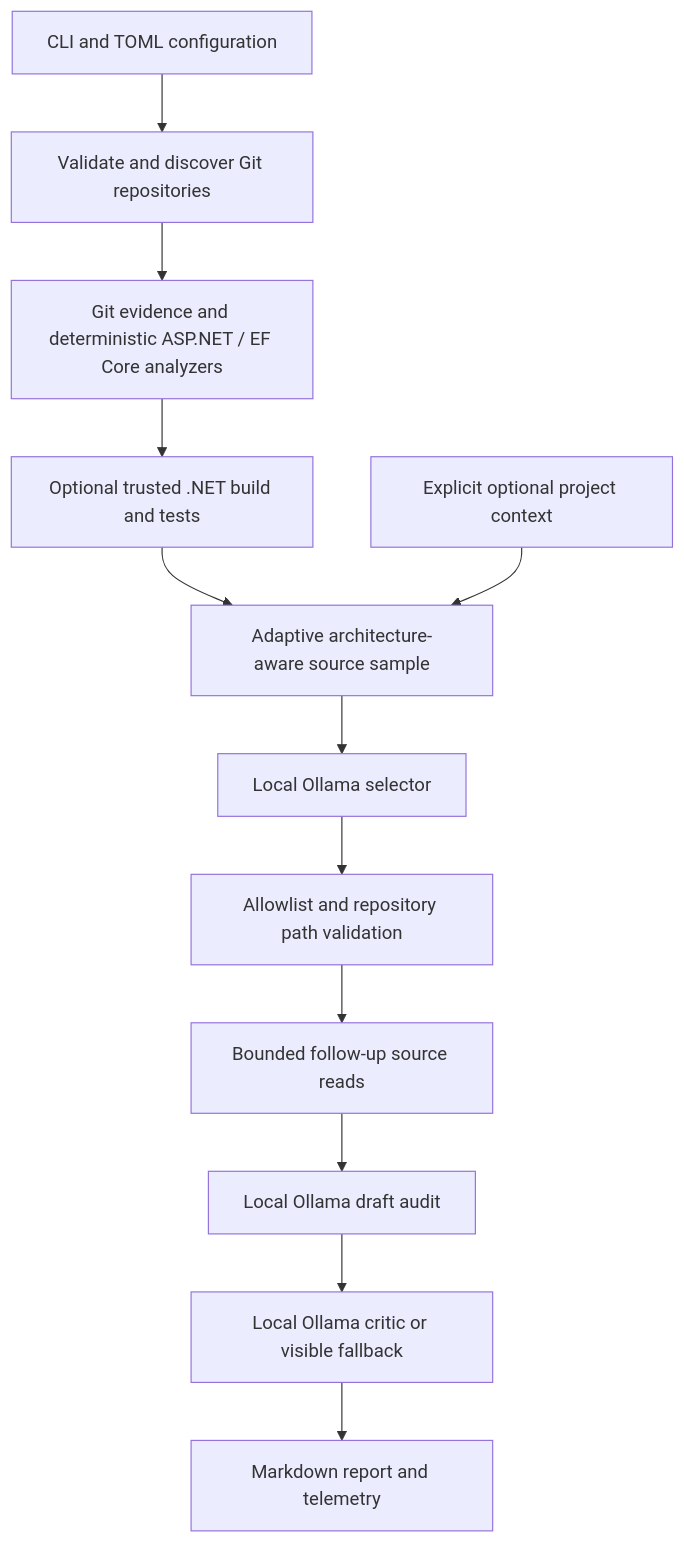
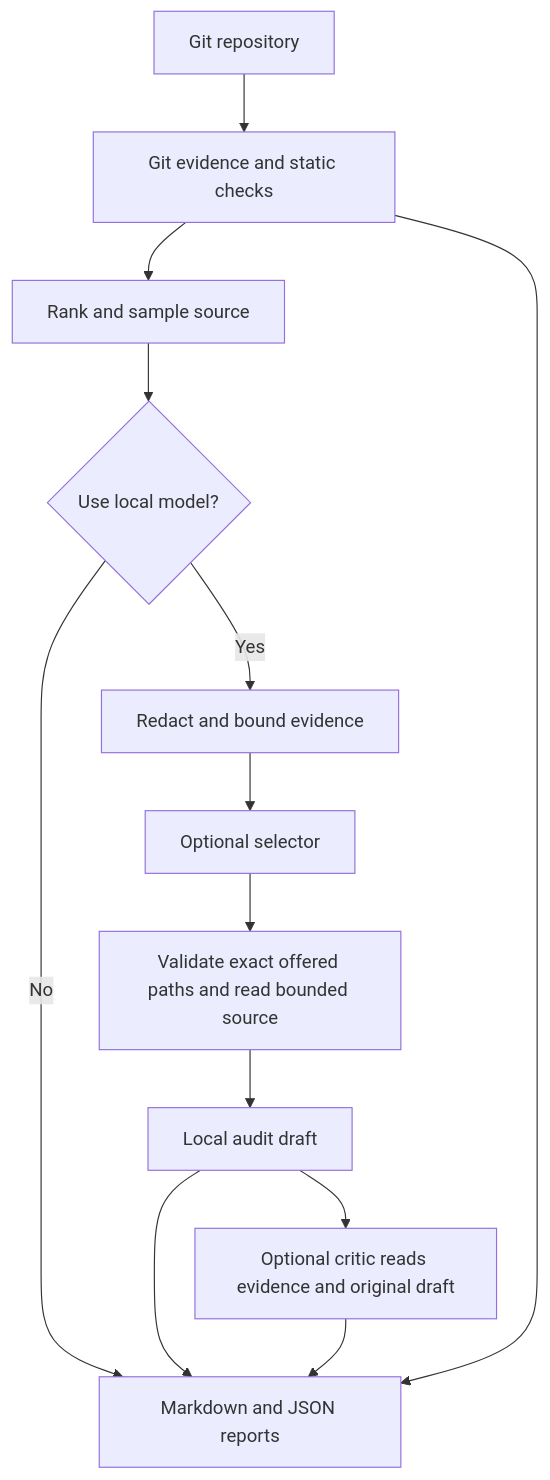
The diagram in README.md (lorenzobacci20/local-llm-code-auditor), drawn with Mermaid before and after one commit. The commit also changed other lines of this file and 18 other files, not shown here.

````diff
--- a/README.md
+++ b/README.md
@@ -56,14 +34,15 @@
 ```mermaid
 flowchart TD
-    A[CLI and TOML configuration] --> B[Validate and discover Git repositories]
-    B --> C[Git evidence and deterministic ASP.NET / EF Core analyzers]
-    C --> D[Optional trusted .NET build and tests]
-    D --> E[Adaptive architecture-aware source sample]
-    X[Explicit optional project context] --> E
-    E --> F[Local Ollama selector]
-    F --> G[Allowlist and repository path validation]
-    G --> H[Bounded follow-up source reads]
-    H --> I[Local Ollama draft audit]
-    I --> J[Local Ollama critic or visible fallback]
-    J --> K[Markdown report and telemetry]
+    A[Git repository] --> B[Git evidence and static checks]
+    B --> C[Rank and sample source]
+    C --> D{Use local model?}
+    D -->|No| R[Markdown and JSON reports]
+    D -->|Yes| E[Redact and bound evidence]
+    E --> F[Optional selector]
+    F --> G[Validate exact offered paths and read bounded source]
+    G --> H[Local audit draft]
+    H --> I[Optional critic reads evidence and original draft]
+    H --> R
+    I --> R
+    B --> R
 ```
````
